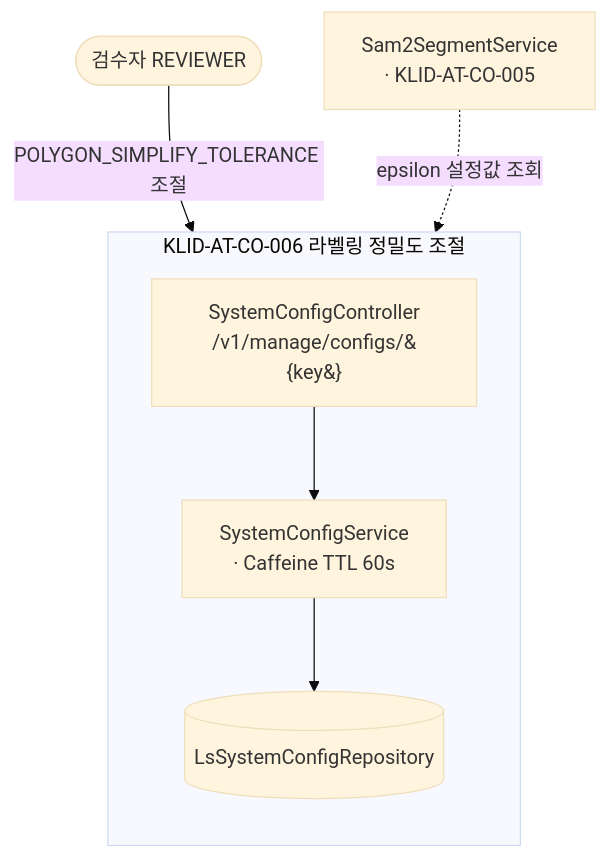
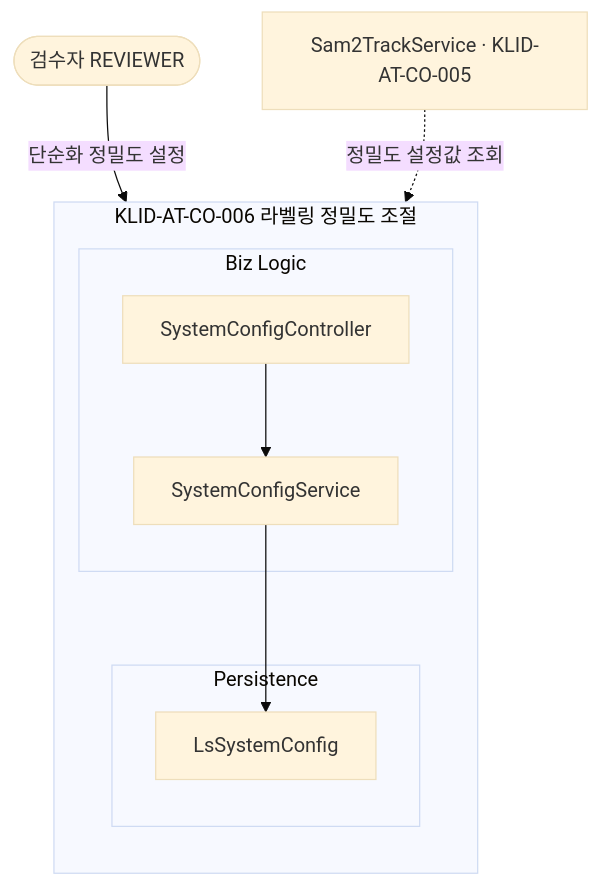
One commit to New-stella/klid-label changed the sixth of 13 diagrams in docs/design/D3-컴포넌트설계서.md. Above: the diagram before and after it, drawn with Mermaid (base theme). The commit also changed other lines of this file and 32 other files, not shown here.

````diff
--- a/docs/design/D3-컴포넌트설계서.md
+++ b/docs/design/D3-컴포넌트설계서.md
@@ -161,15 +196,19 @@
 ```mermaid
 flowchart TD
     REVIEWER([검수자 REVIEWER])
     subgraph CO006[KLID-AT-CO-006 라벨링 정밀도 조절]
         direction TB
-        SCC[SystemConfigController<br/>/v1/manage/configs/&#123;key&#125;]
-        SCS[SystemConfigService<br/>· Caffeine TTL 60s]
-        LSC[(LsSystemConfigRepository)]
+        subgraph BIZ6[Biz Logic]
+            SCC[SystemConfigController]
+            SCS[SystemConfigService]
+        end
+        subgraph PER6[Persistence]
+            LSC[LsSystemConfig]
+        end
         SCC --> SCS
         SCS --> LSC
     end
-    SSS[Sam2SegmentService<br/>· KLID-AT-CO-005]
-    REVIEWER -->|POLYGON_SIMPLIFY_TOLERANCE 조절| SCC
-    SSS -.->|epsilon 설정값 조회| SCS
+    STS[Sam2TrackService · KLID-AT-CO-005]
+    REVIEWER -->|단순화 정밀도 설정| SCC
+    STS -.->|정밀도 설정값 조회| SCS
 ```
````
